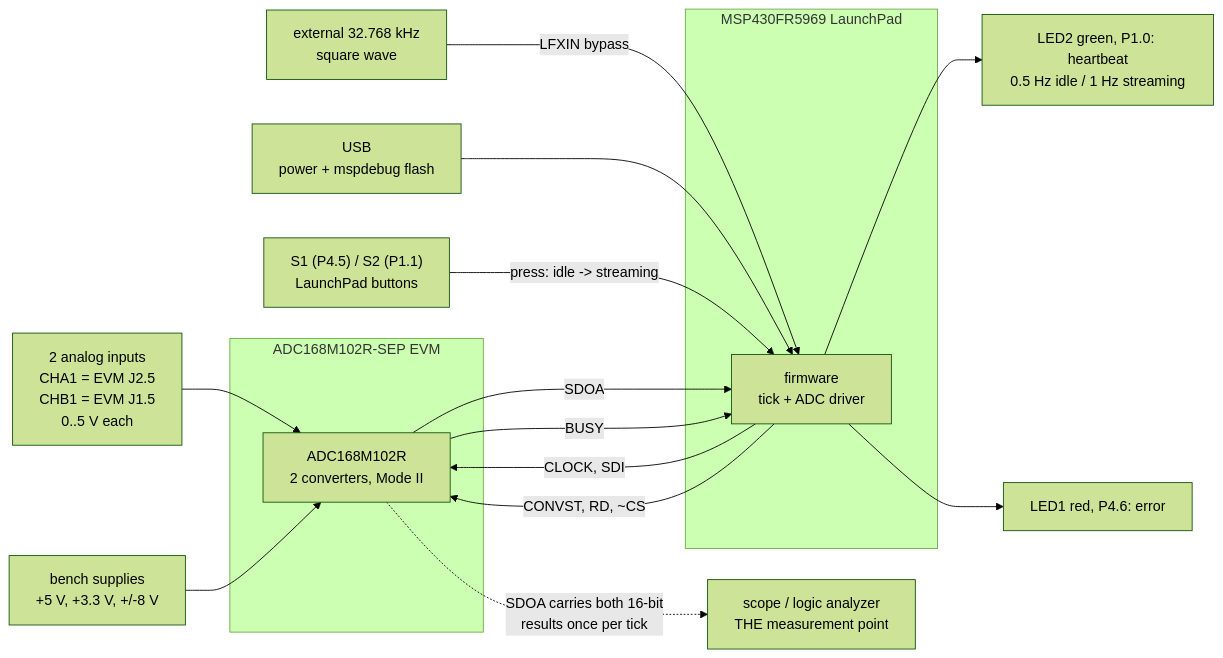
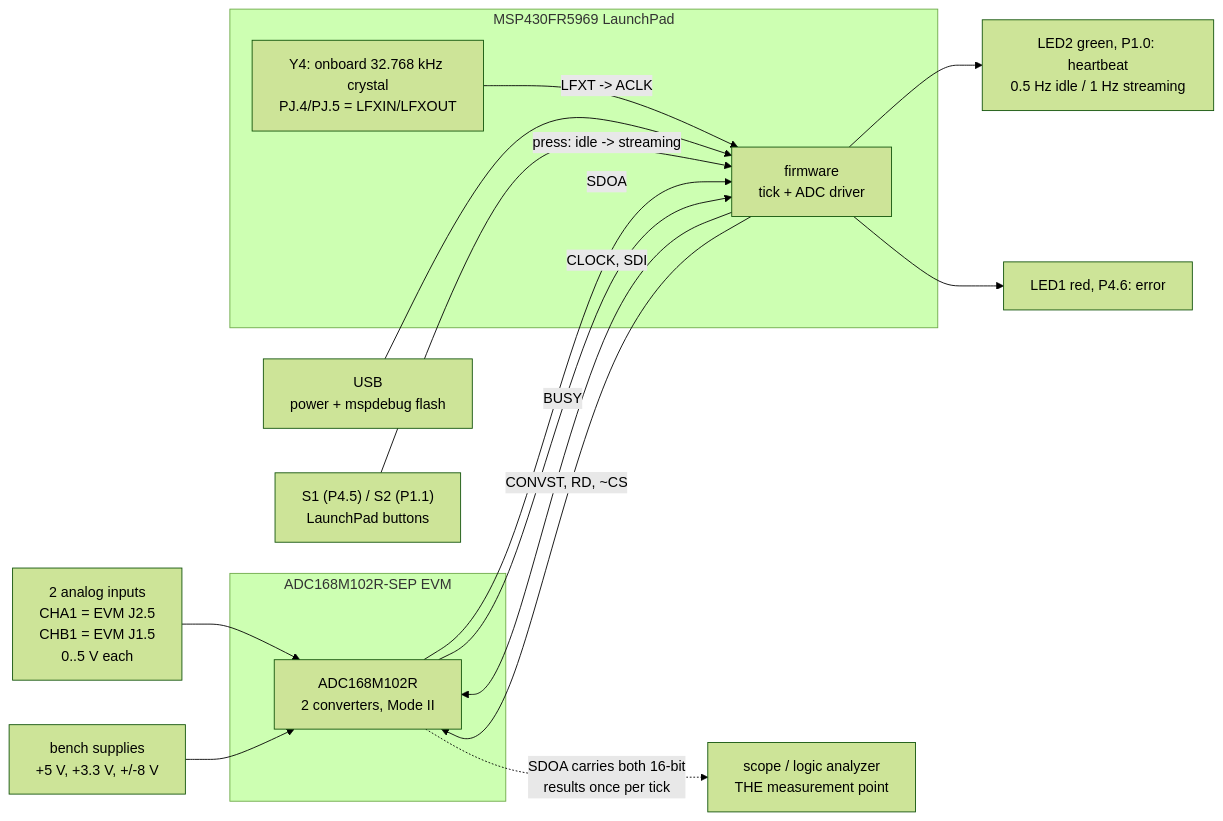
One commit to S-OConnor/MSP430_TestRepo changed the first of 13 diagrams in docs/DESIGN.md. Above: the diagram before and after it, drawn with Mermaid (forest theme). The commit also changed other lines of this file, not shown here.

````diff
--- a/docs/DESIGN.md
+++ b/docs/DESIGN.md
@@ -108,33 +108,33 @@
 ```mermaid
 flowchart LR
     AIN["2 analog inputs<br/>CHA1 = EVM J2.5<br/>CHB1 = EVM J1.5<br/>0..5 V each"]
     PWR["bench supplies<br/>+5 V, +3.3 V, +/-8 V"]
-    XTAL["external 32.768 kHz<br/>square wave"]
     USB["USB<br/>power + mspdebug flash"]
     BTN["S1 (P4.5) / S2 (P1.1)<br/>LaunchPad buttons"]
 
     subgraph EVM["ADC168M102R-SEP EVM"]
         ADC["ADC168M102R<br/>2 converters, Mode II"]
     end
 
     subgraph LP["MSP430FR5969 LaunchPad"]
         MCU["firmware<br/>tick + ADC driver"]
+        Y4["Y4: onboard 32.768 kHz crystal<br/>PJ.4/PJ.5 = LFXIN/LFXOUT"]
     end
 
     SCOPE["scope / logic analyzer<br/>THE measurement point"]
 
     AIN --> ADC
     PWR --> ADC
-    XTAL -->|LFXIN bypass| MCU
+    Y4 -->|"LFXT -> ACLK"| MCU
     USB --> MCU
     BTN -->|"press: idle -> streaming"| MCU
 
     MCU -->|"CLOCK, SDI"| ADC
     MCU -->|"CONVST, RD, ~CS"| ADC
     ADC -->|SDOA| MCU
     ADC -->|BUSY| MCU
 
     ADC -.->|"SDOA carries both 16-bit<br/>results once per tick"| SCOPE
     MCU --> LEDH["LED2 green, P1.0: heartbeat<br/>0.5 Hz idle / 1 Hz streaming"]
     MCU --> LEDE["LED1 red, P4.6: error"]
 ```
````
